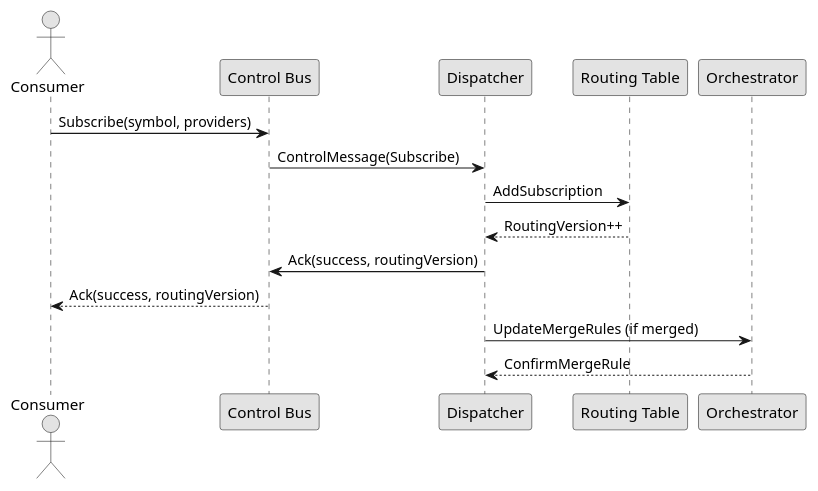
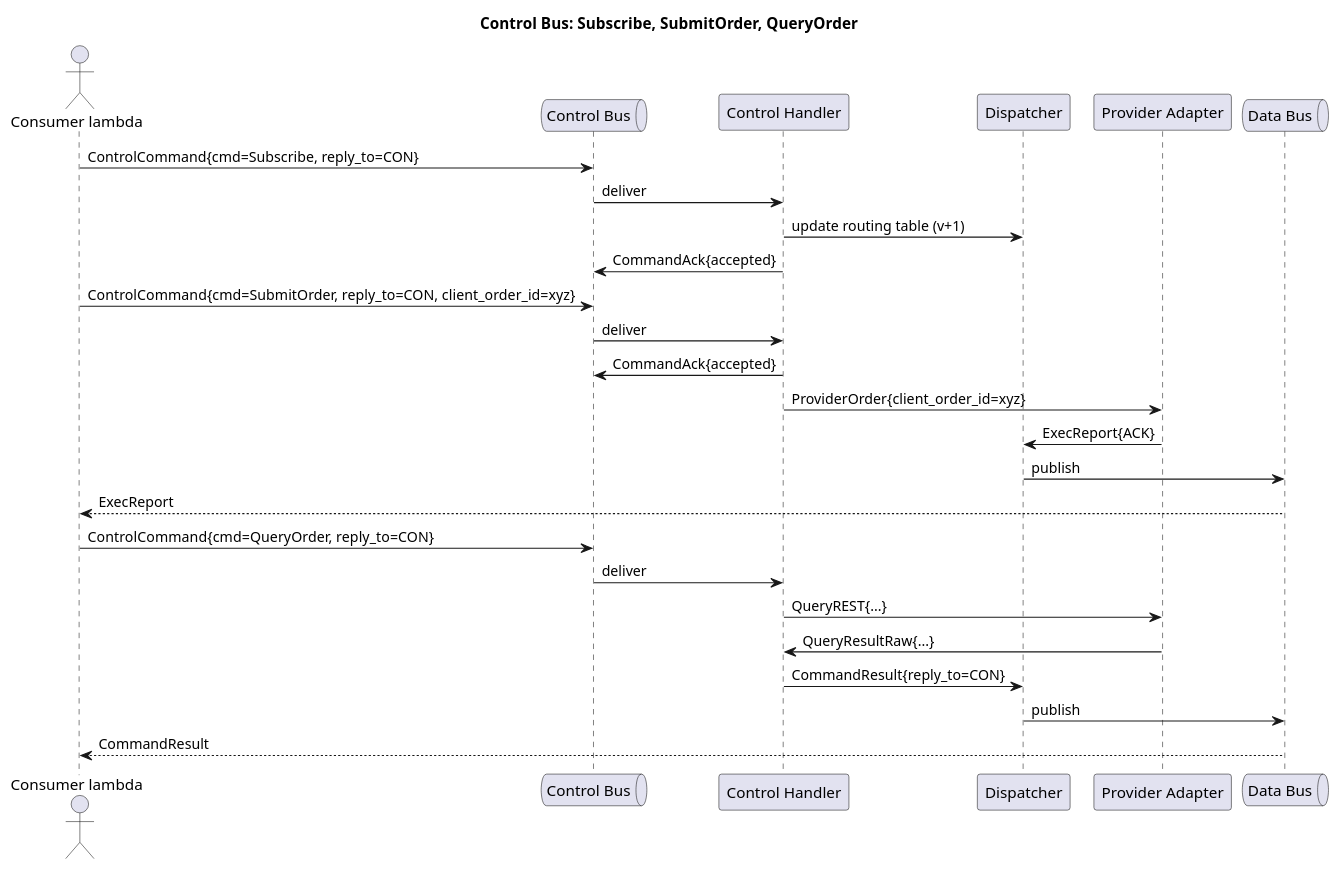
Before and after one commit to coachpo/meltica-gateway: the diagram in docs/diagrams/subscription-seq.puml, drawn with PlantUML. The commit also changed 217 other files, not shown here.

```diff
--- a/docs/diagrams/subscription-seq.puml
+++ b/docs/diagrams/subscription-seq.puml
@@ -1,20 +1,34 @@
-@startuml subscription-seq
-skinparam monochrome true
+@startuml
+title Control Bus: Subscribe, SubmitOrder, QueryOrder
 
-actor Consumer
-participant "Control Bus" as ControlBus
-participant "Dispatcher" as Dispatcher
-participant "Routing Table" as Routing
-participant "Orchestrator" as Orchestrator
+actor "Consumer lambda" as CON
+queue "Control Bus" as CB
+participant "Control Handler" as Ctrl
+participant "Dispatcher" as Disp
+participant "Provider Adapter" as Prov
+queue "Data Bus" as DBus
 
-Consumer -> ControlBus : Subscribe(symbol, providers)
-ControlBus -> Dispatcher : ControlMessage(Subscribe)
-Dispatcher -> Routing : AddSubscription
-Routing --> Dispatcher : RoutingVersion++
-Dispatcher -> ControlBus : Ack(success, routingVersion)
-ControlBus --> Consumer : Ack(success, routingVersion)
+' Subscribe
+CON -> CB : ControlCommand{cmd=Subscribe, reply_to=CON}
+CB -> Ctrl : deliver
+Ctrl -> Disp : update routing table (v+1)
+Ctrl -> CB : CommandAck{accepted}
 
-Dispatcher -> Orchestrator : UpdateMergeRules (if merged)
-Orchestrator --> Dispatcher : ConfirmMergeRule
+' Submit Order (immediate)
+CON -> CB : ControlCommand{cmd=SubmitOrder, reply_to=CON, client_order_id=xyz}
+CB -> Ctrl : deliver
+Ctrl -> CB : CommandAck{accepted}
+Ctrl -> Prov : ProviderOrder{client_order_id=xyz}
+Prov -> Disp : ExecReport{ACK}
+Disp -> DBus : publish
+DBus --> CON : ExecReport
 
+' Query Order (immediate)
+CON -> CB : ControlCommand{cmd=QueryOrder, reply_to=CON}
+CB -> Ctrl : deliver
+Ctrl -> Prov : QueryREST{...}
+Prov -> Ctrl : QueryResultRaw{...}
+Ctrl -> Disp : CommandResult{reply_to=CON}
+Disp -> DBus : publish
+DBus --> CON : CommandResult
 @enduml
```
